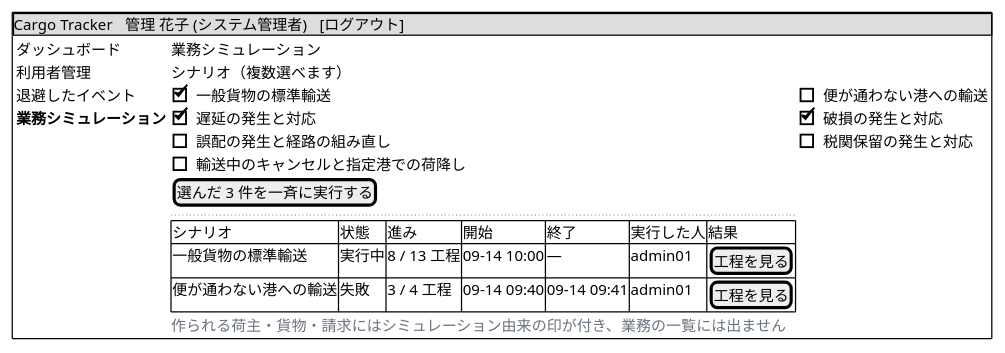
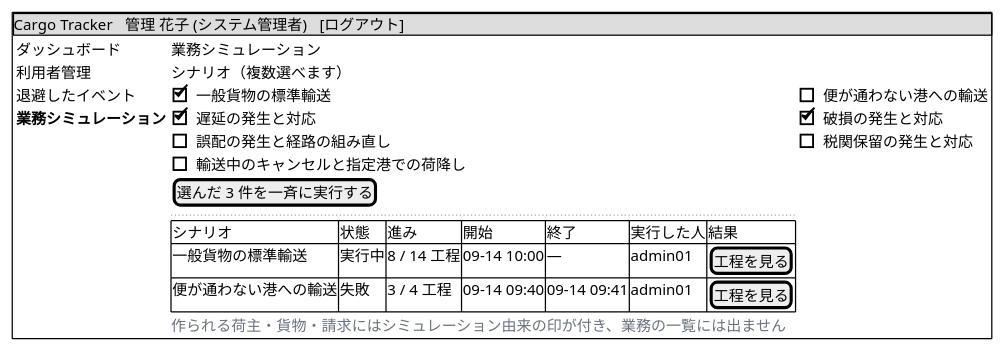
The ninth of 48 diagrams in docs/design/cargo-tracker/ui_design.md (k2works/case-study-cargo-tracker), drawn with PlantUML before and after one commit. The commit also changed other lines of this file and 17 other files, not shown here.

````diff
--- a/docs/design/cargo-tracker/ui_design.md
+++ b/docs/design/cargo-tracker/ui_design.md
@@ -535,31 +535,31 @@
 ```plantuml
 @startsalt
 {+
   {* Cargo Tracker | 管理 花子 (システム管理者) | [ログアウト] }
   {
     {
       ダッシュボード
       利用者管理
       退避したイベント
       <b>業務シミュレーション
     } |
     {
       業務シミュレーション
       シナリオ（複数選べます）
       [X] 一般貨物の標準輸送 | [ ] 便が通わない港への輸送
       [X] 遅延の発生と対応 | [X] 破損の発生と対応
       [ ] 誤配の発生と経路の組み直し | [ ] 税関保留の発生と対応
       [ ] 輸送中のキャンセルと指定港での荷降し
       [選んだ 3 件を一斉に実行する]
       ..
       {#
         シナリオ | 状態 | 進み | 開始 | 終了 | 実行した人 | 結果
-        一般貨物の標準輸送 | 実行中 | 8 / 13 工程 | 09-14 10:00 | — | admin01 | [工程を見る]
+        一般貨物の標準輸送 | 実行中 | 8 / 14 工程 | 09-14 10:00 | — | admin01 | [工程を見る]
         便が通わない港への輸送 | 失敗 | 3 / 4 工程 | 09-14 09:40 | 09-14 09:41 | admin01 | [工程を見る]
       }
       <color:#6B7280>作られる荷主・貨物・請求にはシミュレーション由来の印が付き、業務の一覧には出ません</color>
     }
   }
 }
 @endsalt
 ```
````
